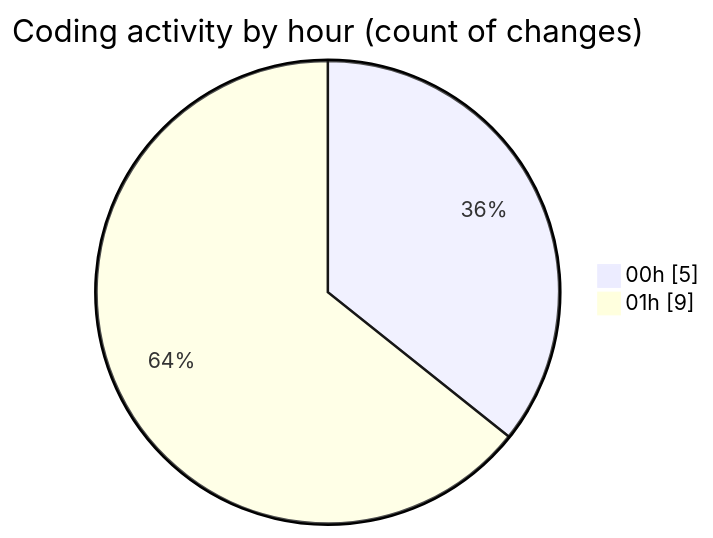
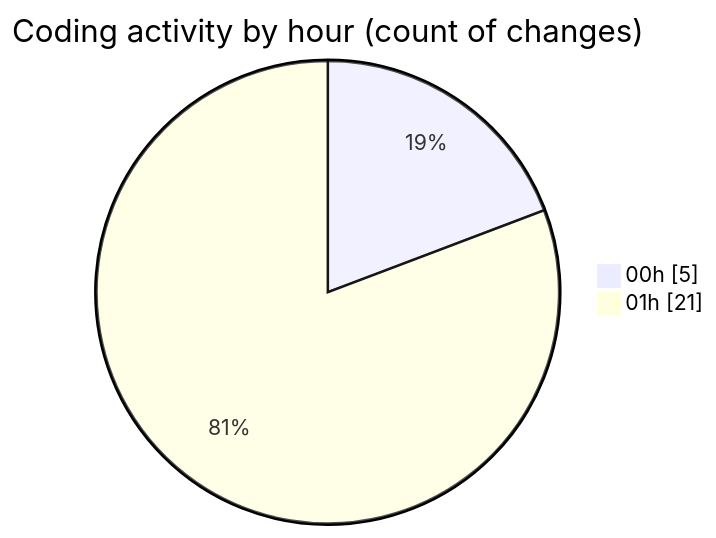
Before and after one commit to Netris89/code-tracking: the second of 2 diagrams in 2025-03-30/echo/README.md, drawn with Mermaid. The commit also changed other lines of this file and 1 other file, not shown here.

````diff
--- a/2025-03-30/echo/README.md
+++ b/2025-03-30/echo/README.md
@@ -30,6 +30,6 @@
 ```mermaid
 pie showData
 title Coding activity by hour (count of changes)
 "00h" : 5
-"01h" : 9
+"01h" : 21
 ```
````
